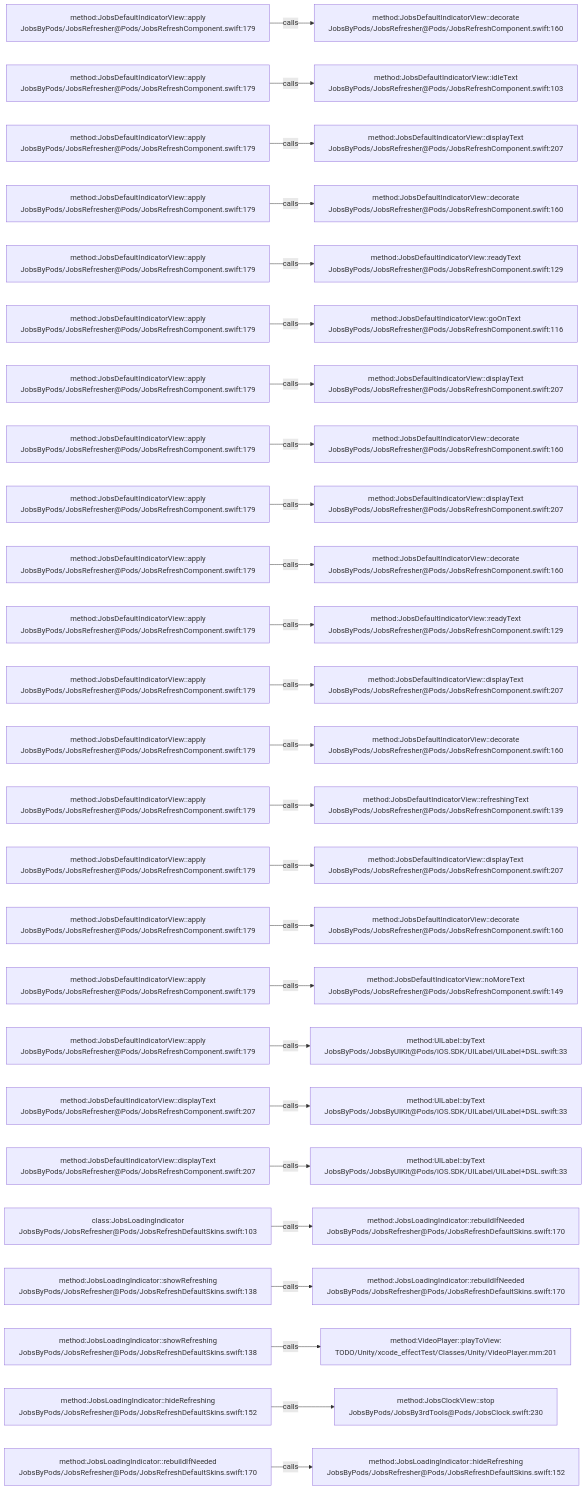
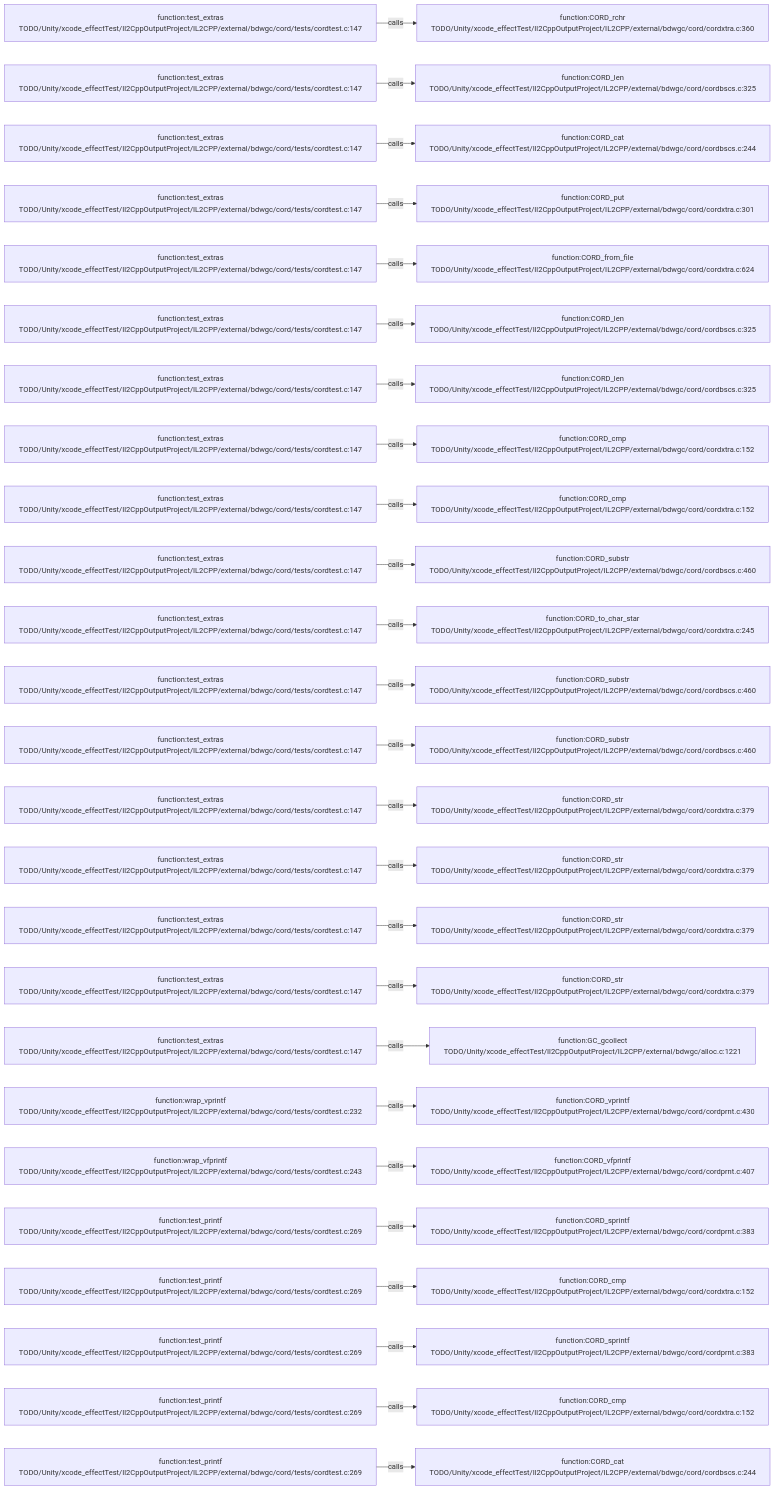
The diagram in .codegraph/codegraph.md/graphs/calls-158.md (JobsKits/JobsSwiftBaseConfigDemo), drawn with Mermaid before and after one commit. The commit also changed 569 other files, not shown here.

````diff
--- a/.codegraph/codegraph.md/graphs/calls-158.md
+++ b/.codegraph/codegraph.md/graphs/calls-158.md
@@ -13,78 +13,78 @@
 ```mermaid
 flowchart LR
-  S1["method:JobsDefaultIndicatorView::apply<br/>JobsByPods/JobsRefresher@Pods/JobsRefreshComponent.swift:179"]
-  T1["method:JobsDefaultIndicatorView::decorate<br/>JobsByPods/JobsRefresher@Pods/JobsRefreshComponent.swift:160"]
+  S1["function:test_extras<br/>TODO/Unity/xcode_effectTest/Il2CppOutputProject/IL2CPP/external/bdwgc/cord/tests/cordtest.c:147"]
+  T1["function:CORD_rchr<br/>TODO/Unity/xcode_effectTest/Il2CppOutputProject/IL2CPP/external/bdwgc/cord/cordxtra.c:360"]
   S1 -->|calls| T1
-  S2["method:JobsDefaultIndicatorView::apply<br/>JobsByPods/JobsRefresher@Pods/JobsRefreshComponent.swift:179"]
-  T2["method:JobsDefaultIndicatorView::idleText<br/>JobsByPods/JobsRefresher@Pods/JobsRefreshComponent.swift:103"]
+  S2["function:test_extras<br/>TODO/Unity/xcode_effectTest/Il2CppOutputProject/IL2CPP/external/bdwgc/cord/tests/cordtest.c:147"]
+  T2["function:CORD_len<br/>TODO/Unity/xcode_effectTest/Il2CppOutputProject/IL2CPP/external/bdwgc/cord/cordbscs.c:325"]
   S2 -->|calls| T2
-  S3["method:JobsDefaultIndicatorView::apply<br/>JobsByPods/JobsRefresher@Pods/JobsRefreshComponent.swift:179"]
-  T3["method:JobsDefaultIndicatorView::displayText<br/>JobsByPods/JobsRefresher@Pods/JobsRefreshComponent.swift:207"]
+  S3["function:test_extras<br/>TODO/Unity/xcode_effectTest/Il2CppOutputProject/IL2CPP/external/bdwgc/cord/tests/cordtest.c:147"]
+  T3["function:CORD_cat<br/>TODO/Unity/xcode_effectTest/Il2CppOutputProject/IL2CPP/external/bdwgc/cord/cordbscs.c:244"]
   S3 -->|calls| T3
-  S4["method:JobsDefaultIndicatorView::apply<br/>JobsByPods/JobsRefresher@Pods/JobsRefreshComponent.swift:179"]
-  T4["method:JobsDefaultIndicatorView::decorate<br/>JobsByPods/JobsRefresher@Pods/JobsRefreshComponent.swift:160"]
+  S4["function:test_extras<br/>TODO/Unity/xcode_effectTest/Il2CppOutputProject/IL2CPP/external/bdwgc/cord/tests/cordtest.c:147"]
+  T4["function:CORD_put<br/>TODO/Unity/xcode_effectTest/Il2CppOutputProject/IL2CPP/external/bdwgc/cord/cordxtra.c:301"]
   S4 -->|calls| T4
-  S5["method:JobsDefaultIndicatorView::apply<br/>JobsByPods/JobsRefresher@Pods/JobsRefreshComponent.swift:179"]
-  T5["method:JobsDefaultIndicatorView::readyText<br/>JobsByPods/JobsRefresher@Pods/JobsRefreshComponent.swift:129"]
+  S5["function:test_extras<br/>TODO/Unity/xcode_effectTest/Il2CppOutputProject/IL2CPP/external/bdwgc/cord/tests/cordtest.c:147"]
+  T5["function:CORD_from_file<br/>TODO/Unity/xcode_effectTest/Il2CppOutputProject/IL2CPP/external/bdwgc/cord/cordxtra.c:624"]
   S5 -->|calls| T5
-  S6["method:JobsDefaultIndicatorView::apply<br/>JobsByPods/JobsRefresher@Pods/JobsRefreshComponent.swift:179"]
-  T6["method:JobsDefaultIndicatorView::goOnText<br/>JobsByPods/JobsRefresher@Pods/JobsRefreshComponent.swift:116"]
+  S6["function:test_extras<br/>TODO/Unity/xcode_effectTest/Il2CppOutputProject/IL2CPP/external/bdwgc/cord/tests/cordtest.c:147"]
+  T6["function:CORD_len<br/>TODO/Unity/xcode_effectTest/Il2CppOutputProject/IL2CPP/external/bdwgc/cord/cordbscs.c:325"]
   S6 -->|calls| T6
-  S7["method:JobsDefaultIndicatorView::apply<br/>JobsByPods/JobsRefresher@Pods/JobsRefreshComponent.swift:179"]
-  T7["method:JobsDefaultIndicatorView::displayText<br/>JobsByPods/JobsRefresher@Pods/JobsRefreshComponent.swift:207"]
+  S7["function:test_extras<br/>TODO/Unity/xcode_effectTest/Il2CppOutputProject/IL2CPP/external/bdwgc/cord/tests/cordtest.c:147"]
+  T7["function:CORD_len<br/>TODO/Unity/xcode_effectTest/Il2CppOutputProject/IL2CPP/external/bdwgc/cord/cordbscs.c:325"]
   S7 -->|calls| T7
-  S8["method:JobsDefaultIndicatorView::apply<br/>JobsByPods/JobsRefresher@Pods/JobsRefreshComponent.swift:179"]
-  T8["method:JobsDefaultIndicatorView::decorate<br/>JobsByPods/JobsRefresher@Pods/JobsRefreshComponent.swift:160"]
+  S8["function:test_extras<br/>TODO/Unity/xcode_effectTest/Il2CppOutputProject/IL2CPP/external/bdwgc/cord/tests/cordtest.c:147"]
+  T8["function:CORD_cmp<br/>TODO/Unity/xcode_effectTest/Il2CppOutputProject/IL2CPP/external/bdwgc/cord/cordxtra.c:152"]
   S8 -->|calls| T8
-  S9["method:JobsDefaultIndicatorView::apply<br/>JobsByPods/JobsRefresher@Pods/JobsRefreshComponent.swift:179"]
-  T9["method:JobsDefaultIndicatorView::displayText<br/>JobsByPods/JobsRefresher@Pods/JobsRefreshComponent.swift:207"]
+  S9["function:test_extras<br/>TODO/Unity/xcode_effectTest/Il2CppOutputProject/IL2CPP/external/bdwgc/cord/tests/cordtest.c:147"]
+  T9["function:CORD_cmp<br/>TODO/Unity/xcode_effectTest/Il2CppOutputProject/IL2CPP/external/bdwgc/cord/cordxtra.c:152"]
   S9 -->|calls| T9
-  S10["method:JobsDefaultIndicatorView::apply<br/>JobsByPods/JobsRefresher@Pods/JobsRefreshComponent.swift:179"]
-  T10["method:JobsDefaultIndicatorView::decorate<br/>JobsByPods/JobsRefresher@Pods/JobsRefreshComponent.swift:160"]
+  S10["function:test_extras<br/>TODO/Unity/xcode_effectTest/Il2CppOutputProject/IL2CPP/external/bdwgc/cord/tests/cordtest.c:147"]
+  T10["function:CORD_substr<br/>TODO/Unity/xcode_effectTest/Il2CppOutputProject/IL2CPP/external/bdwgc/cord/cordbscs.c:460"]
   S10 -->|calls| T10
-  S11["method:JobsDefaultIndicatorView::apply<br/>JobsByPods/JobsRefresher@Pods/JobsRefreshComponent.swift:179"]
-  T11["method:JobsDefaultIndicatorView::readyText<br/>JobsByPods/JobsRefresher@Pods/JobsRefreshComponent.swift:129"]
+  S11["function:test_extras<br/>TODO/Unity/xcode_effectTest/Il2CppOutputProject/IL2CPP/external/bdwgc/cord/tests/cordtest.c:147"]
+  T11["function:CORD_to_char_star<br/>TODO/Unity/xcode_effectTest/Il2CppOutputProject/IL2CPP/external/bdwgc/cord/cordxtra.c:245"]
   S11 -->|calls| T11
-  S12["method:JobsDefaultIndicatorView::apply<br/>JobsByPods/JobsRefresher@Pods/JobsRefreshComponent.swift:179"]
-  T12["method:JobsDefaultIndicatorView::displayText<br/>JobsByPods/JobsRefresher@Pods/JobsRefreshComponent.swift:207"]
+  S12["function:test_extras<br/>TODO/Unity/xcode_effectTest/Il2CppOutputProject/IL2CPP/external/bdwgc/cord/tests/cordtest.c:147"]
+  T12["function:CORD_substr<br/>TODO/Unity/xcode_effectTest/Il2CppOutputProject/IL2CPP/external/bdwgc/cord/cordbscs.c:460"]
   S12 -->|calls| T12
-  S13["method:JobsDefaultIndicatorView::apply<br/>JobsByPods/JobsRefresher@Pods/JobsRefreshComponent.swift:179"]
-  T13["method:JobsDefaultIndicatorView::decorate<br/>JobsByPods/JobsRefresher@Pods/JobsRefreshComponent.swift:160"]
+  S13["function:test_extras<br/>TODO/Unity/xcode_effectTest/Il2CppOutputProject/IL2CPP/external/bdwgc/cord/tests/cordtest.c:147"]
+  T13["function:CORD_substr<br/>TODO/Unity/xcode_effectTest/Il2CppOutputProject/IL2CPP/external/bdwgc/cord/cordbscs.c:460"]
   S13 -->|calls| T13
-  S14["method:JobsDefaultIndicatorView::apply<br/>JobsByPods/JobsRefresher@Pods/JobsRefreshComponent.swift:179"]
-  T14["method:JobsDefaultIndicatorView::refreshingText<br/>JobsByPods/JobsRefresher@Pods/JobsRefreshComponent.swift:139"]
+  S14["function:test_extras<br/>TODO/Unity/xcode_effectTest/Il2CppOutputProject/IL2CPP/external/bdwgc/cord/tests/cordtest.c:147"]
+  T14["function:CORD_str<br/>TODO/Unity/xcode_effectTest/Il2CppOutputProject/IL2CPP/external/bdwgc/cord/cordxtra.c:379"]
   S14 -->|calls| T14
-  S15["method:JobsDefaultIndicatorView::apply<br/>JobsByPods/JobsRefresher@Pods/JobsRefreshComponent.swift:179"]
-  T15["method:JobsDefaultIndicatorView::displayText<br/>JobsByPods/JobsRefresher@Pods/JobsRefreshComponent.swift:207"]
+  S15["function:test_extras<br/>TODO/Unity/xcode_effectTest/Il2CppOutputProject/IL2CPP/external/bdwgc/cord/tests/cordtest.c:147"]
+  T15["function:CORD_str<br/>TODO/Unity/xcode_effectTest/Il2CppOutputProject/IL2CPP/external/bdwgc/cord/cordxtra.c:379"]
   S15 -->|calls| T15
-  S16["method:JobsDefaultIndicatorView::apply<br/>JobsByPods/JobsRefresher@Pods/JobsRefreshComponent.swift:179"]
-  T16["method:JobsDefaultIndicatorView::decorate<br/>JobsByPods/JobsRefresher@Pods/JobsRefreshComponent.swift:160"]
+  S16["function:test_extras<br/>TODO/Unity/xcode_effectTest/Il2CppOutputProject/IL2CPP/external/bdwgc/cord/tests/cordtest.c:147"]
+  T16["function:CORD_str<br/>TODO/Unity/xcode_effectTest/Il2CppOutputProject/IL2CPP/external/bdwgc/cord/cordxtra.c:379"]
   S16 -->|calls| T16
-  S17["method:JobsDefaultIndicatorView::apply<br/>JobsByPods/JobsRefresher@Pods/JobsRefreshComponent.swift:179"]
-  T17["method:JobsDefaultIndicatorView::noMoreText<br/>JobsByPods/JobsRefresher@Pods/JobsRefreshComponent.swift:149"]
+  S17["function:test_extras<br/>TODO/Unity/xcode_effectTest/Il2CppOutputProject/IL2CPP/external/bdwgc/cord/tests/cordtest.c:147"]
+  T17["function:CORD_str<br/>TODO/Unity/xcode_effectTest/Il2CppOutputProject/IL2CPP/external/bdwgc/cord/cordxtra.c:379"]
   S17 -->|calls| T17
-  S18["method:JobsDefaultIndicatorView::apply<br/>JobsByPods/JobsRefresher@Pods/JobsRefreshComponent.swift:179"]
-  T18["method:UILabel::byText<br/>JobsByPods/JobsByUIKit@Pods/iOS.SDK/UILabel/UILabel+DSL.swift:33"]
+  S18["function:test_extras<br/>TODO/Unity/xcode_effectTest/Il2CppOutputProject/IL2CPP/external/bdwgc/cord/tests/cordtest.c:147"]
+  T18["function:GC_gcollect<br/>TODO/Unity/xcode_effectTest/Il2CppOutputProject/IL2CPP/external/bdwgc/alloc.c:1221"]
   S18 -->|calls| T18
-  S19["method:JobsDefaultIndicatorView::displayText<br/>JobsByPods/JobsRefresher@Pods/JobsRefreshComponent.swift:207"]
-  T19["method:UILabel::byText<br/>JobsByPods/JobsByUIKit@Pods/iOS.SDK/UILabel/UILabel+DSL.swift:33"]
+  S19["function:wrap_vprintf<br/>TODO/Unity/xcode_effectTest/Il2CppOutputProject/IL2CPP/external/bdwgc/cord/tests/cordtest.c:232"]
+  T19["function:CORD_vprintf<br/>TODO/Unity/xcode_effectTest/Il2CppOutputProject/IL2CPP/external/bdwgc/cord/cordprnt.c:430"]
   S19 -->|calls| T19
-  S20["method:JobsDefaultIndicatorView::displayText<br/>JobsByPods/JobsRefresher@Pods/JobsRefreshComponent.swift:207"]
-  T20["method:UILabel::byText<br/>JobsByPods/JobsByUIKit@Pods/iOS.SDK/UILabel/UILabel+DSL.swift:33"]
+  S20["function:wrap_vfprintf<br/>TODO/Unity/xcode_effectTest/Il2CppOutputProject/IL2CPP/external/bdwgc/cord/tests/cordtest.c:243"]
+  T20["function:CORD_vfprintf<br/>TODO/Unity/xcode_effectTest/Il2CppOutputProject/IL2CPP/external/bdwgc/cord/cordprnt.c:407"]
   S20 -->|calls| T20
-  S21["class:JobsLoadingIndicator<br/>JobsByPods/JobsRefresher@Pods/JobsRefreshDefaultSkins.swift:103"]
-  T21["method:JobsLoadingIndicator::rebuildIfNeeded<br/>JobsByPods/JobsRefresher@Pods/JobsRefreshDefaultSkins.swift:170"]
+  S21["function:test_printf<br/>TODO/Unity/xcode_effectTest/Il2CppOutputProject/IL2CPP/external/bdwgc/cord/tests/cordtest.c:269"]
+  T21["function:CORD_sprintf<br/>TODO/Unity/xcode_effectTest/Il2CppOutputProject/IL2CPP/external/bdwgc/cord/cordprnt.c:383"]
   S21 -->|calls| T21
-  S22["method:JobsLoadingIndicator::showRefreshing<br/>JobsByPods/JobsRefresher@Pods/JobsRefreshDefaultSkins.swift:138"]
-  T22["method:JobsLoadingIndicator::rebuildIfNeeded<br/>JobsByPods/JobsRefresher@Pods/JobsRefreshDefaultSkins.swift:170"]
+  S22["function:test_printf<br/>TODO/Unity/xcode_effectTest/Il2CppOutputProject/IL2CPP/external/bdwgc/cord/tests/cordtest.c:269"]
+  T22["function:CORD_cmp<br/>TODO/Unity/xcode_effectTest/Il2CppOutputProject/IL2CPP/external/bdwgc/cord/cordxtra.c:152"]
   S22 -->|calls| T22
-  S23["method:JobsLoadingIndicator::showRefreshing<br/>JobsByPods/JobsRefresher@Pods/JobsRefreshDefaultSkins.swift:138"]
-  T23["method:VideoPlayer::playToView:<br/>TODO/Unity/xcode_effectTest/Classes/Unity/VideoPlayer.mm:201"]
+  S23["function:test_printf<br/>TODO/Unity/xcode_effectTest/Il2CppOutputProject/IL2CPP/external/bdwgc/cord/tests/cordtest.c:269"]
+  T23["function:CORD_sprintf<br/>TODO/Unity/xcode_effectTest/Il2CppOutputProject/IL2CPP/external/bdwgc/cord/cordprnt.c:383"]
   S23 -->|calls| T23
-  S24["method:JobsLoadingIndicator::hideRefreshing<br/>JobsByPods/JobsRefresher@Pods/JobsRefreshDefaultSkins.swift:152"]
-  T24["method:JobsClockView::stop<br/>JobsByPods/JobsBy3rdTools@Pods/JobsClock.swift:230"]
+  S24["function:test_printf<br/>TODO/Unity/xcode_effectTest/Il2CppOutputProject/IL2CPP/external/bdwgc/cord/tests/cordtest.c:269"]
+  T24["function:CORD_cmp<br/>TODO/Unity/xcode_effectTest/Il2CppOutputProject/IL2CPP/external/bdwgc/cord/cordxtra.c:152"]
   S24 -->|calls| T24
-  S25["method:JobsLoadingIndicator::rebuildIfNeeded<br/>JobsByPods/JobsRefresher@Pods/JobsRefreshDefaultSkins.swift:170"]
-  T25["method:JobsLoadingIndicator::hideRefreshing<br/>JobsByPods/JobsRefresher@Pods/JobsRefreshDefaultSkins.swift:152"]
+  S25["function:test_printf<br/>TODO/Unity/xcode_effectTest/Il2CppOutputProject/IL2CPP/external/bdwgc/cord/tests/cordtest.c:269"]
+  T25["function:CORD_cat<br/>TODO/Unity/xcode_effectTest/Il2CppOutputProject/IL2CPP/external/bdwgc/cord/cordbscs.c:244"]
   S25 -->|calls| T25
 ```
````
